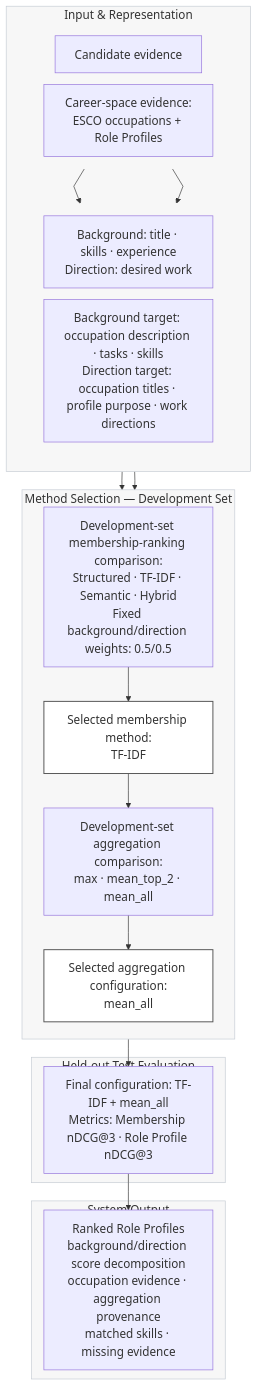
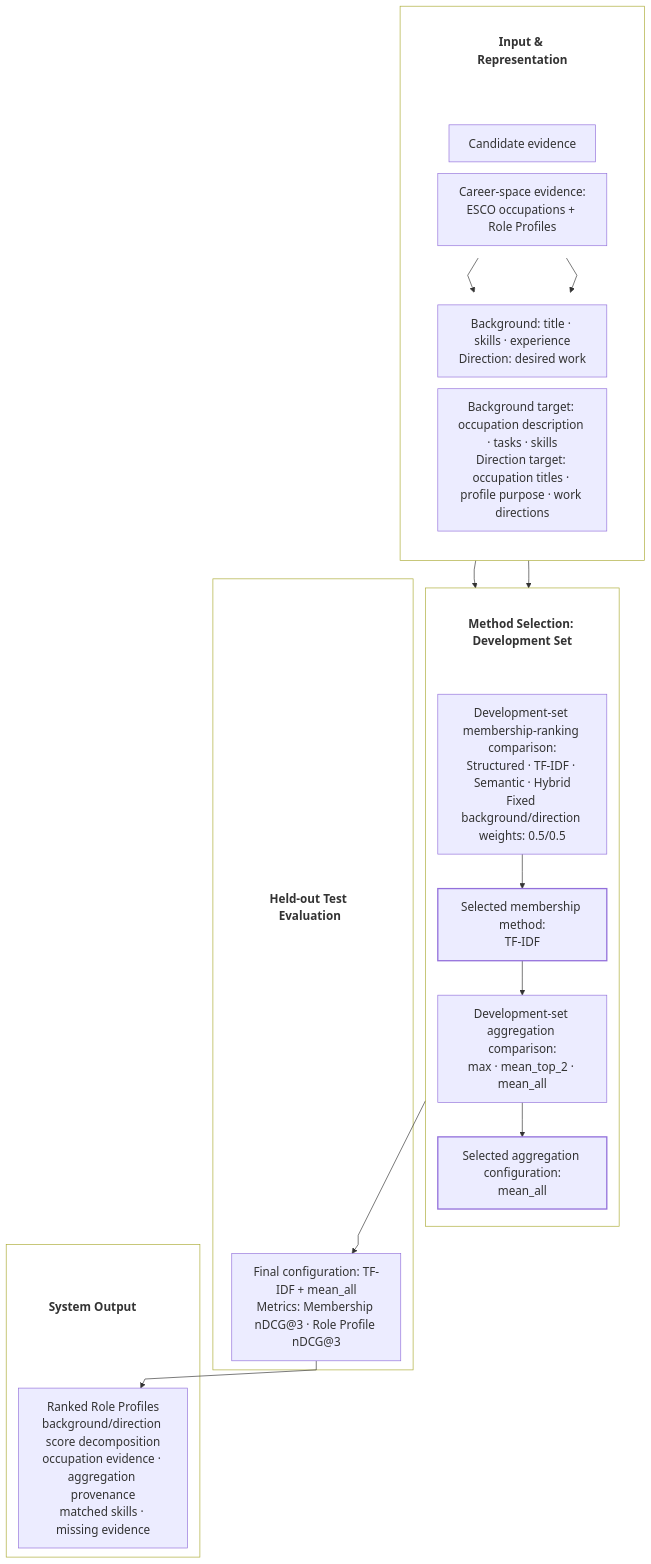
Before and after one commit to 813P/career-decision-support-system: the diagram in README.md, drawn with Mermaid.

Commit message:
Fix README diagram theme and headings

````diff
--- a/README.md
+++ b/README.md
@@ -29,48 +29,58 @@
 ```mermaid
 %%{init: {"themeVariables": {"fontSize": "18px"}, "flowchart": {"curve": "linear", "nodeSpacing": 18, "rankSpacing": 28}}}%%
 flowchart TB
-    subgraph I["Input & Representation"]
+    subgraph I[" "]
         direction TB
+        IH["Input & Representation"]
         subgraph H[" "]
             direction LR
             C0["Candidate evidence"]
             T0["Career-space evidence:<br/>ESCO occupations + Role Profiles"]
         end
         subgraph F[" "]
             direction LR
             C1["Background: title · skills · experience<br/>Direction: desired work"]
             T1["Background target: occupation description · tasks · skills<br/>Direction target: occupation titles · profile purpose · work directions"]
         end
+        IH ~~~ H
         C0 --> C1
         T0 --> T1
     end
 
-    subgraph D["Method Selection — Development Set"]
+    subgraph D[" "]
         direction TB
+        DH["Method Selection: Development Set"]
         E["Development-set membership-ranking comparison:<br/>Structured · TF-IDF · Semantic · Hybrid<br/>Fixed background/direction weights: 0.5/0.5"]
         M["Selected membership method:<br/>TF-IDF"]
         A["Development-set aggregation comparison:<br/>max · mean_top_2 · mean_all"]
         G["Selected aggregation configuration:<br/>mean_all"]
+        DH ~~~ E
         E --> M --> A --> G
     end
 
-    subgraph V["Held-out Test Evaluation"]
+    subgraph V[" "]
+        VH["Held-out Test Evaluation"]
         Q["Final configuration: TF-IDF + mean_all<br/>Metrics: Membership nDCG@3 · Role Profile nDCG@3"]
+        VH ~~~ Q
     end
 
-    subgraph S["System Output"]
+    subgraph S[" "]
+        SH["System Output"]
         O["Ranked Role Profiles<br/>background/direction score decomposition<br/>occupation evidence · aggregation provenance<br/>matched skills · missing evidence"]
+        SH ~~~ O
     end
 
     C1 --> E
     T1 --> E
     G --> Q --> O
-    style I fill:#f7f7f7,stroke:#c5cbd3,stroke-width:1px
-    style D fill:#f7f7f7,stroke:#c5cbd3,stroke-width:1px
-    style V fill:#f7f7f7,stroke:#c5cbd3,stroke-width:1px
-    style S fill:#f7f7f7,stroke:#c5cbd3,stroke-width:1px
+    style I fill:transparent,stroke-width:1px
+    style D fill:transparent,stroke-width:1px
+    style V fill:transparent,stroke-width:1px
+    style S fill:transparent,stroke-width:1px
     style H fill:transparent,stroke:transparent
     style F fill:transparent,stroke:transparent
-    classDef selected fill:#ffffff,stroke:#555555,stroke-width:1.5px
+    classDef section fill:transparent,stroke:transparent,font-weight:bold
+    classDef selected stroke-width:2px
+    class IH,DH,VH,SH section
     class M,G selected
 ```
````
